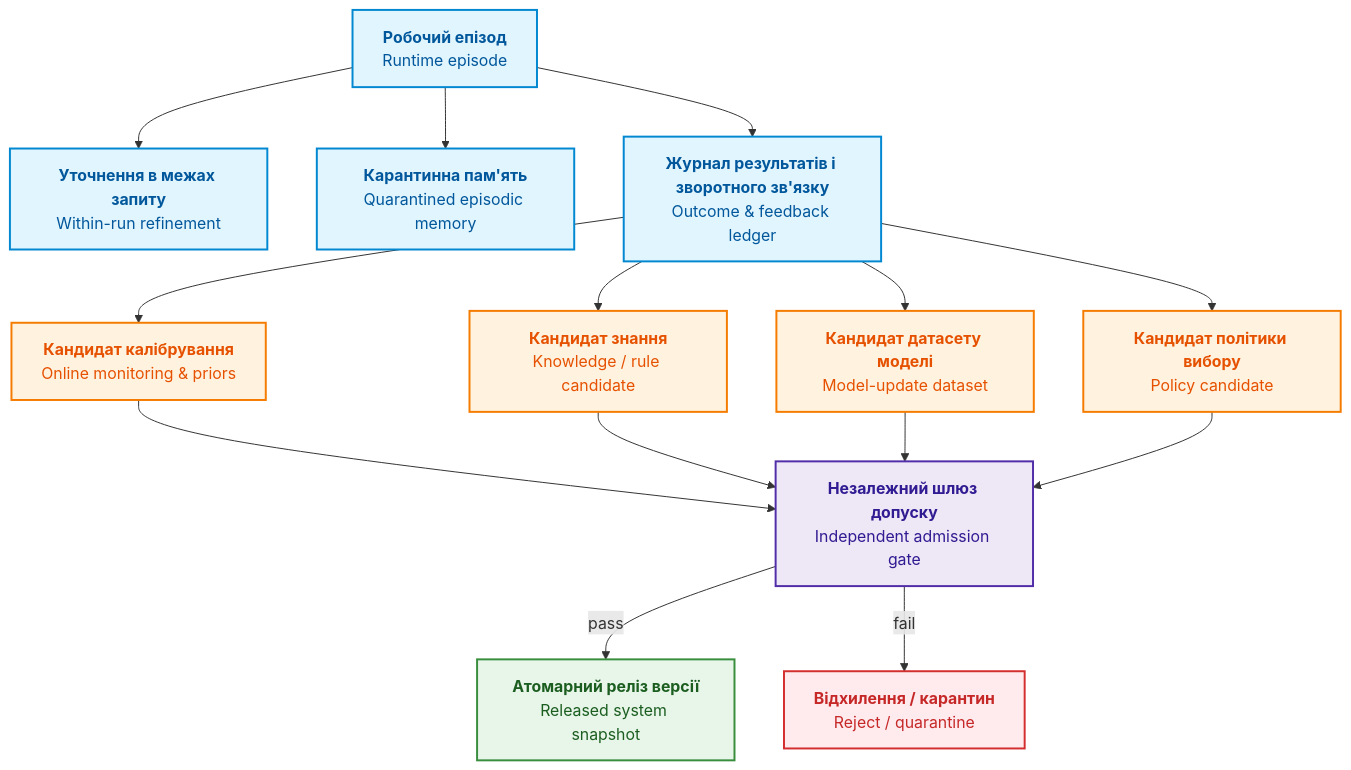
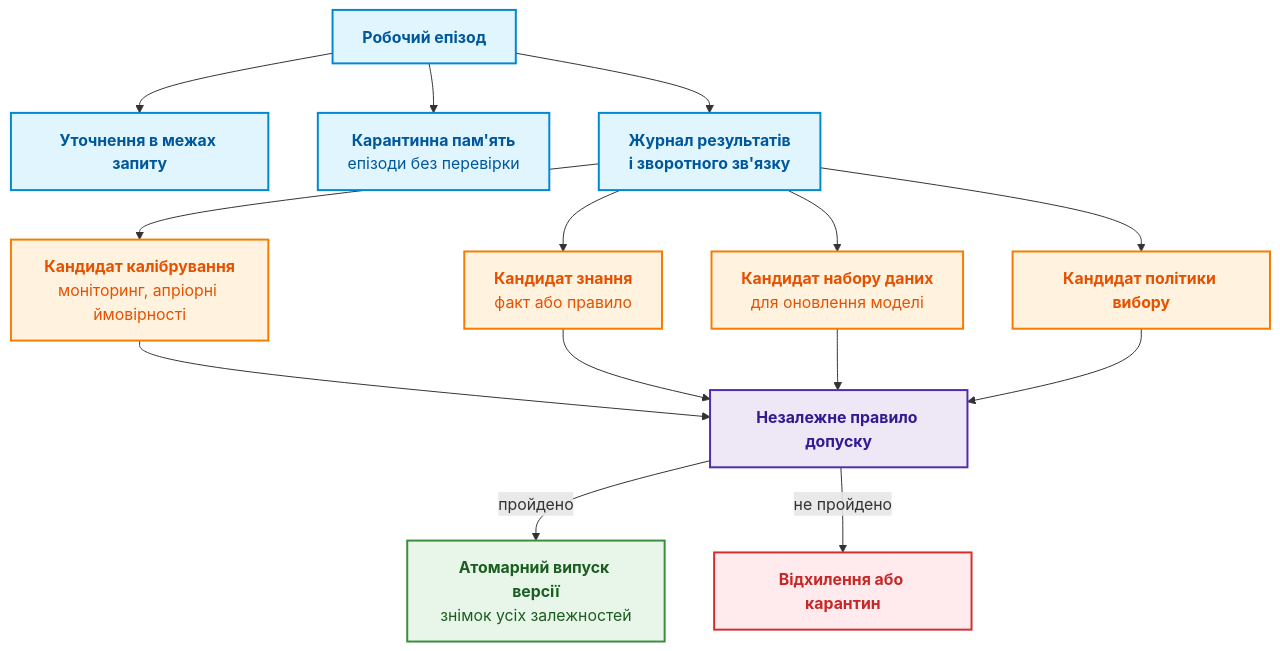
The first of 7 diagrams in ExpertSystem/ch26-continual-learning.md (nick-fedchik/articles), drawn with Mermaid before and after one commit. The commit also changed other lines of this file, not shown here.

````diff
--- a/ExpertSystem/ch26-continual-learning.md
+++ b/ExpertSystem/ch26-continual-learning.md
@@ -53,31 +33,31 @@
 ```mermaid
 flowchart TB
     accTitle: Рівні накопичення досвіду та допуску змін
-    accDescr: Від виконання епізоду через карантинну пам'ять та журнал наслідків до незалежного допуску в реліз.
+    accDescr: Робочий епізод породжує уточнення в межах запиту, карантинну пам'ять і журнал результатів; з журналу виникають кандидати калібрування, знань, наборів даних і політики, які проходять незалежне правило допуску до випуску або відхилення.
 
-    RUN["<b>Робочий епізод</b><br/>Runtime episode"] --> TMP["<b>Уточнення в межах запиту</b><br/>Within-run refinement"]
-    RUN --> MEM["<b>Карантинна пам'ять</b><br/>Quarantined episodic memory"]
-    RUN --> FB["<b>Журнал результатів і зворотного зв'язку</b><br/>Outcome & feedback ledger"]
-    FB --> STAT["<b>Кандидат калібрування</b><br/>Online monitoring & priors"]
-    FB --> KC["<b>Кандидат знання</b><br/>Knowledge / rule candidate"]
-    FB --> MC["<b>Кандидат датасету моделі</b><br/>Model-update dataset"]
-    FB --> PC["<b>Кандидат політики вибору</b><br/>Policy candidate"]
-    STAT --> ADM["<b>Незалежний шлюз допуску</b><br/>Independent admission gate"]
+    RUN["<b>Робочий епізод</b>"] --> TMP["<b>Уточнення в межах запиту</b>"]
+    RUN --> MEM["<b>Карантинна пам'ять</b><br/>епізоди без перевірки"]
+    RUN --> FB["<b>Журнал результатів<br/>і зворотного зв'язку</b>"]
+    FB --> STAT["<b>Кандидат калібрування</b><br/>моніторинг, апріорні ймовірності"]
+    FB --> KC["<b>Кандидат знання</b><br/>факт або правило"]
+    FB --> MC["<b>Кандидат набору даних</b><br/>для оновлення моделі"]
+    FB --> PC["<b>Кандидат політики вибору</b>"]
+    STAT --> ADM["<b>Незалежне правило допуску</b>"]
     KC --> ADM
     MC --> ADM
     PC --> ADM
-    ADM -->|pass| REL["<b>Атомарний реліз версії</b><br/>Released system snapshot"]
-    ADM -->|fail| Q["<b>Відхилення / карантин</b><br/>Reject / quarantine"]
+    ADM -->|"пройдено"| REL["<b>Атомарний випуск версії</b><br/>знімок усіх залежностей"]
+    ADM -->|"не пройдено"| Q["<b>Відхилення або карантин</b>"]
 
     classDef run fill:#e1f5fe,stroke:#0288d1,stroke-width:2px,color:#01579b;
     classDef cand fill:#fff3e0,stroke:#f57c00,stroke-width:2px,color:#e65100;
     classDef gate fill:#ede7f6,stroke:#512da8,stroke-width:2px,color:#311b92;
     classDef ok fill:#e8f5e9,stroke:#388e3c,stroke-width:2px,color:#1b5e20;
     classDef fail fill:#ffebee,stroke:#d32f2f,stroke-width:2px,color:#c62828;
 
     class RUN,TMP,MEM,FB run;
     class STAT,KC,MC,PC cand;
     class ADM gate;
     class REL ok;
     class Q fail;
 ```
````
